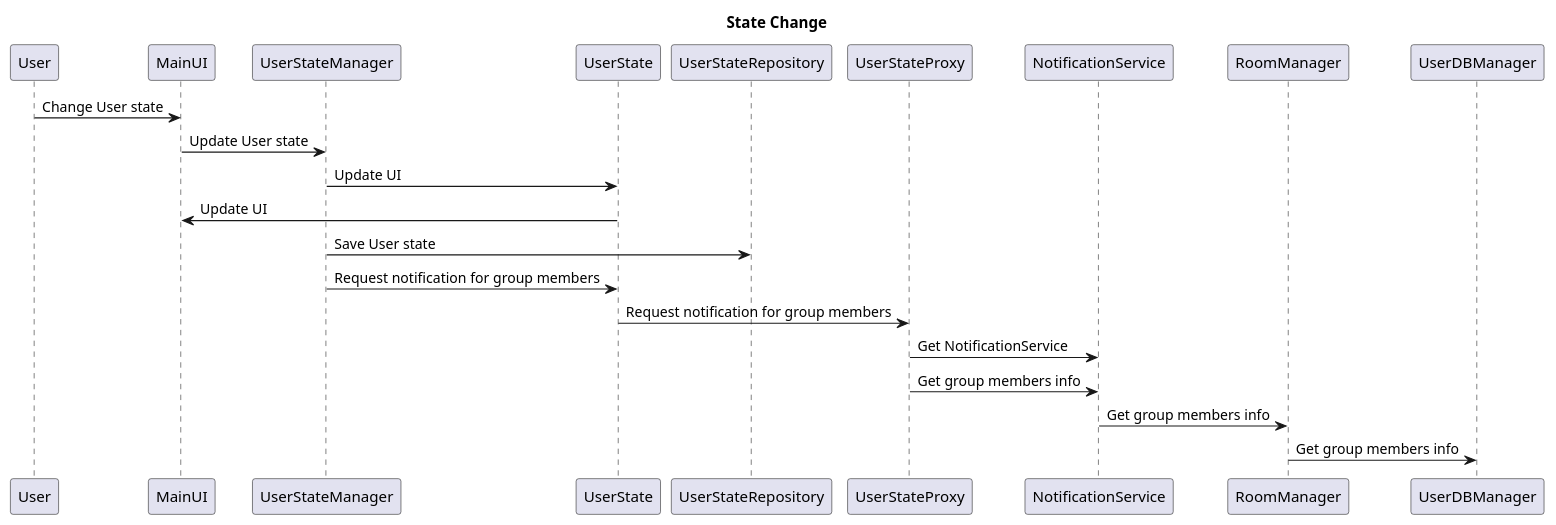
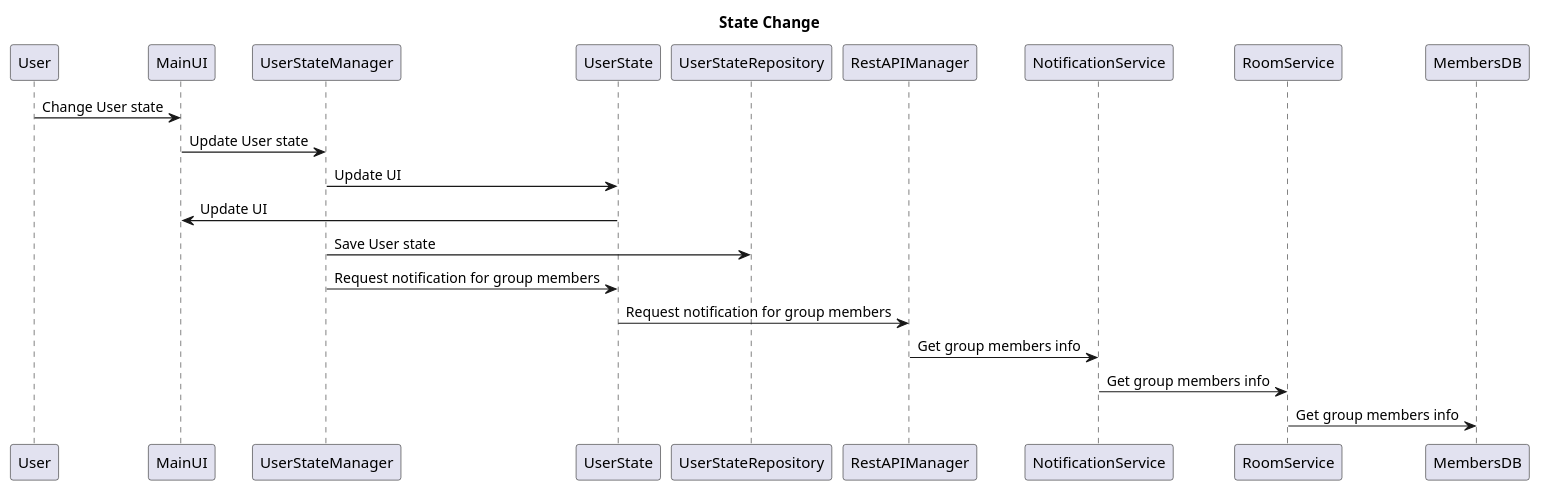
Before and after one commit to 2bellwater/EMO_USE_CASE: the diagram in UC_STATE_CHANGE.wsd, drawn with PlantUML. The commit also changed 2 other files, not shown here.

```diff
--- a/UC_STATE_CHANGE.wsd
+++ b/UC_STATE_CHANGE.wsd
@@ -1,14 +1,13 @@
 @startuml
 title State Change
 User -> MainUI : Change User state
 MainUI -> UserStateManager : Update User state
 UserStateManager -> UserState : Update UI
 UserState -> MainUI : Update UI
 UserStateManager -> UserStateRepository : Save User state
 UserStateManager -> UserState : Request notification for group members
-UserState -> UserStateProxy : Request notification for group members
-UserStateProxy -> NotificationService : Get NotificationService
-UserStateProxy -> NotificationService : Get group members info
-NotificationService -> RoomManager : Get group members info
-RoomManager -> UserDBManager : Get group members info
+UserState -> RestAPIManager : Request notification for group members
+RestAPIManager -> NotificationService : Get group members info
+NotificationService -> RoomService : Get group members info
+RoomService -> MembersDB : Get group members info
 @enduml
```
